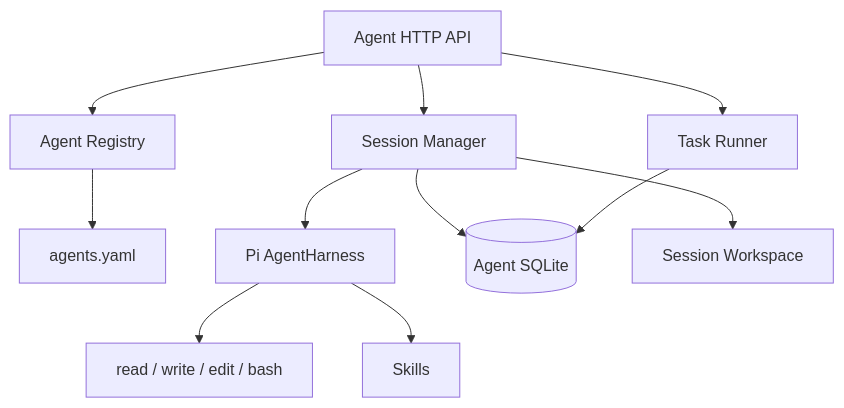
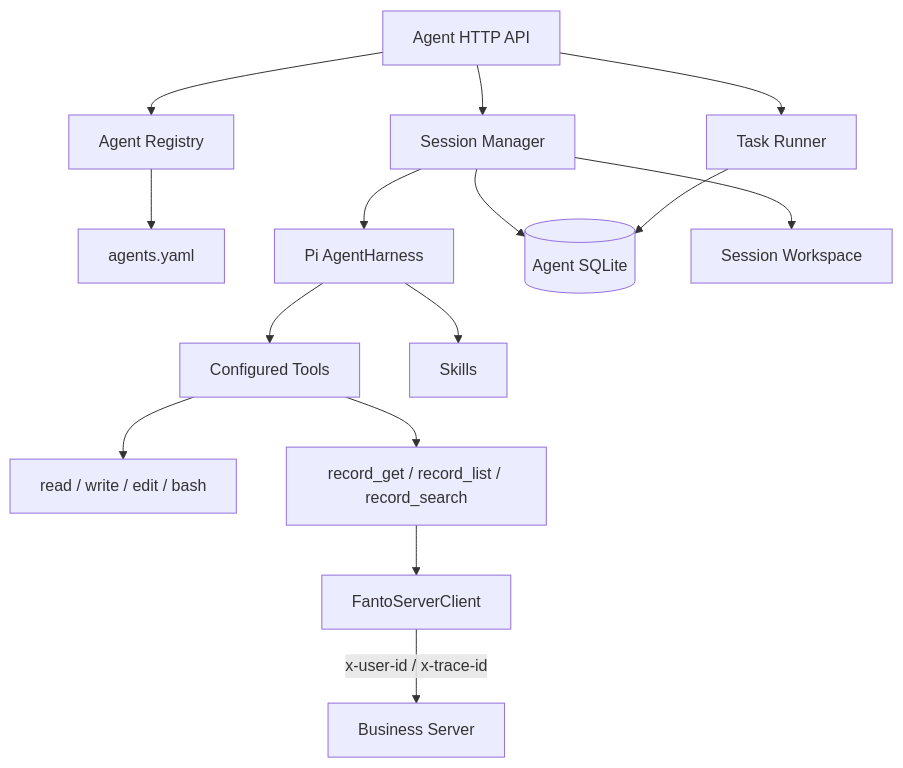
One commit to huiru-wang/fanto changed the diagram in docs/architecture/agent-runtime.md. Above: the diagram before and after it, drawn with Mermaid. The commit also changed other lines of this file and 14 other files, not shown here.

````diff
--- a/docs/architecture/agent-runtime.md
+++ b/docs/architecture/agent-runtime.md
@@ -7,13 +7,17 @@
 ```mermaid
 flowchart TD
   HTTP[Agent HTTP API] --> REG[Agent Registry]
   HTTP --> SM[Session Manager]
   HTTP --> TR[Task Runner]
   REG --> YAML[agents.yaml]
   SM --> PI[Pi AgentHarness]
-  PI --> TOOLS[read / write / edit / bash]
+  PI --> TOOLS[Configured Tools]
+  TOOLS --> BUILTIN[read / write / edit / bash]
+  TOOLS --> RECORD[record_get / record_list / record_search]
+  RECORD --> FSC[FantoServerClient]
+  FSC -->|x-user-id / x-trace-id| SERVER[Business Server]
   PI --> SKILLS[Skills]
   SM --> DB[(Agent SQLite)]
   TR --> DB
   SM --> WS[Session Workspace]
 ```
````
